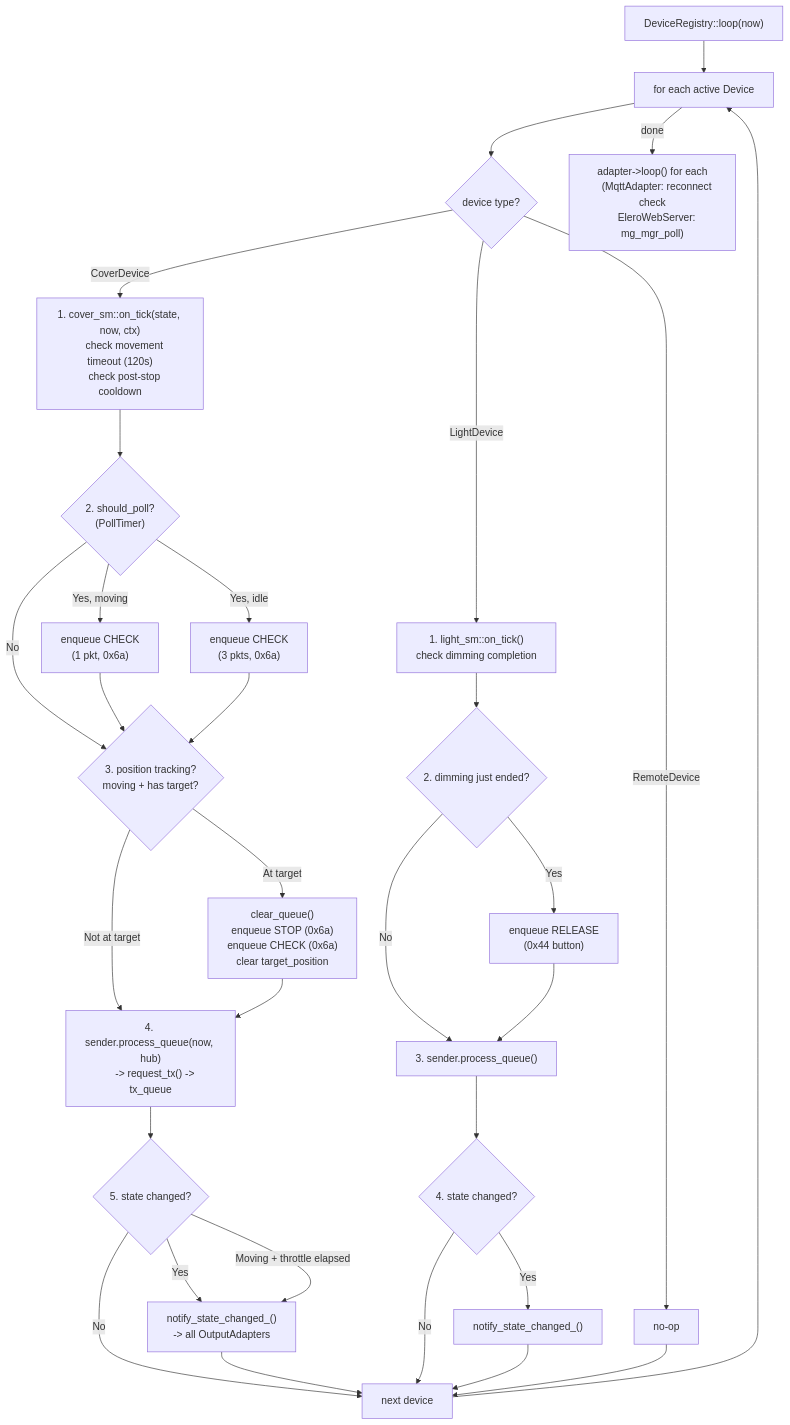
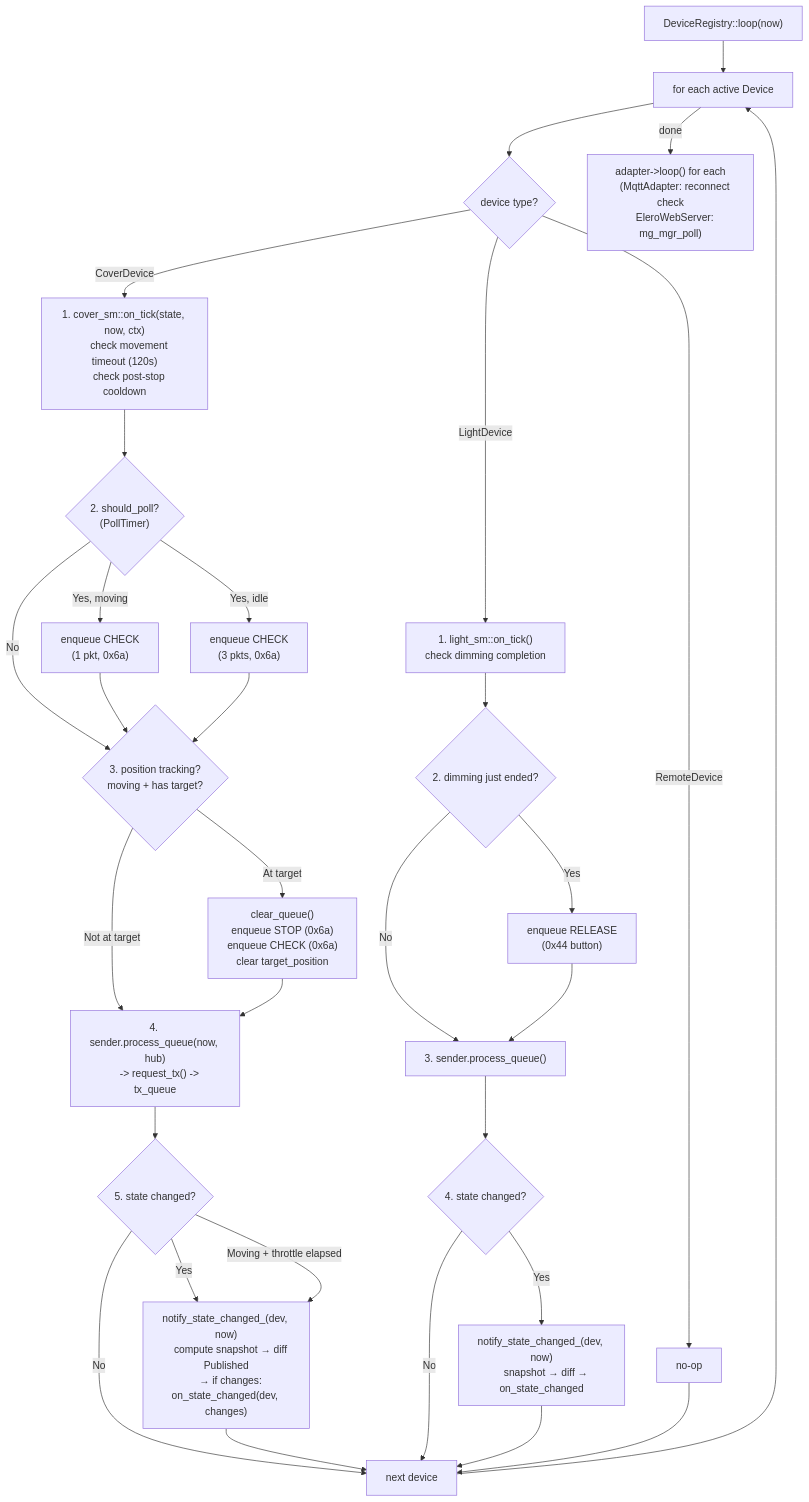
Before and after one commit to manuschillerdev/esphome-elero: the seventh of 7 diagrams in docs/flows/STATE_MACHINES.md, drawn with Mermaid. The commit also changed other lines of this file and 3 other files, not shown here.

First line of the commit message:
docs: update architecture docs for centralized publish decisions

````diff
--- a/docs/flows/STATE_MACHINES.md
+++ b/docs/flows/STATE_MACHINES.md
@@ -505,60 +507,62 @@
 ```mermaid
 flowchart TD
     START["DeviceRegistry::loop(now)"] --> ITER["for each active Device"]
     ITER --> VARIANT{device type?}
 
     VARIANT -->|CoverDevice| TICK["1. cover_sm::on_tick(state, now, ctx)
     check movement timeout (120s)
     check post-stop cooldown"]
     VARIANT -->|LightDevice| LTICK["1. light_sm::on_tick()
     check dimming completion"]
     VARIANT -->|RemoteDevice| SKIP[no-op]
 
     TICK --> POLL{"2. should_poll?
     (PollTimer)"}
     POLL -->|Yes, moving| POLL_FAST["enqueue CHECK
     (1 pkt, 0x6a)"]
     POLL -->|Yes, idle| POLL_FULL["enqueue CHECK
     (3 pkts, 0x6a)"]
     POLL -->|No| POS_CHECK
 
     POLL_FAST --> POS_CHECK
     POLL_FULL --> POS_CHECK
 
     POS_CHECK{"3. position tracking?
     moving + has target?"}
     POS_CHECK -->|At target| POS_STOP["clear_queue()
     enqueue STOP (0x6a)
     enqueue CHECK (0x6a)
     clear target_position"]
     POS_CHECK -->|Not at target| CMD_Q
     POS_STOP --> CMD_Q
 
     CMD_Q["4. sender.process_queue(now, hub)
     -> request_tx() -> tx_queue"]
 
     CMD_Q --> NOTIFY{"5. state changed?"}
-    NOTIFY -->|Yes| PUB["notify_state_changed_()
-    -> all OutputAdapters"]
+    NOTIFY -->|Yes| PUB["notify_state_changed_(dev, now)
+    compute snapshot → diff Published
+    → if changes: on_state_changed(dev, changes)"]
     NOTIFY -->|Moving + throttle elapsed| PUB
     NOTIFY -->|No| NEXT[next device]
 
     PUB --> NEXT
     NEXT --> ITER
 
     LTICK --> LDIM{"2. dimming just ended?"}
     LDIM -->|Yes| LRELEASE["enqueue RELEASE
     (0x44 button)"]
     LDIM -->|No| LCMD
     LRELEASE --> LCMD["3. sender.process_queue()"]
     LCMD --> LNOTIFY{"4. state changed?"}
-    LNOTIFY -->|Yes| LPUB["notify_state_changed_()"]
+    LNOTIFY -->|Yes| LPUB["notify_state_changed_(dev, now)
+    snapshot → diff → on_state_changed"]
     LNOTIFY -->|No| NEXT
     LPUB --> NEXT
 
     SKIP --> NEXT
 
     ITER -->|done| ADAPTERS["adapter->loop() for each
     (MqttAdapter: reconnect check
     EleroWebServer: mg_mgr_poll)"]
 ```
````
